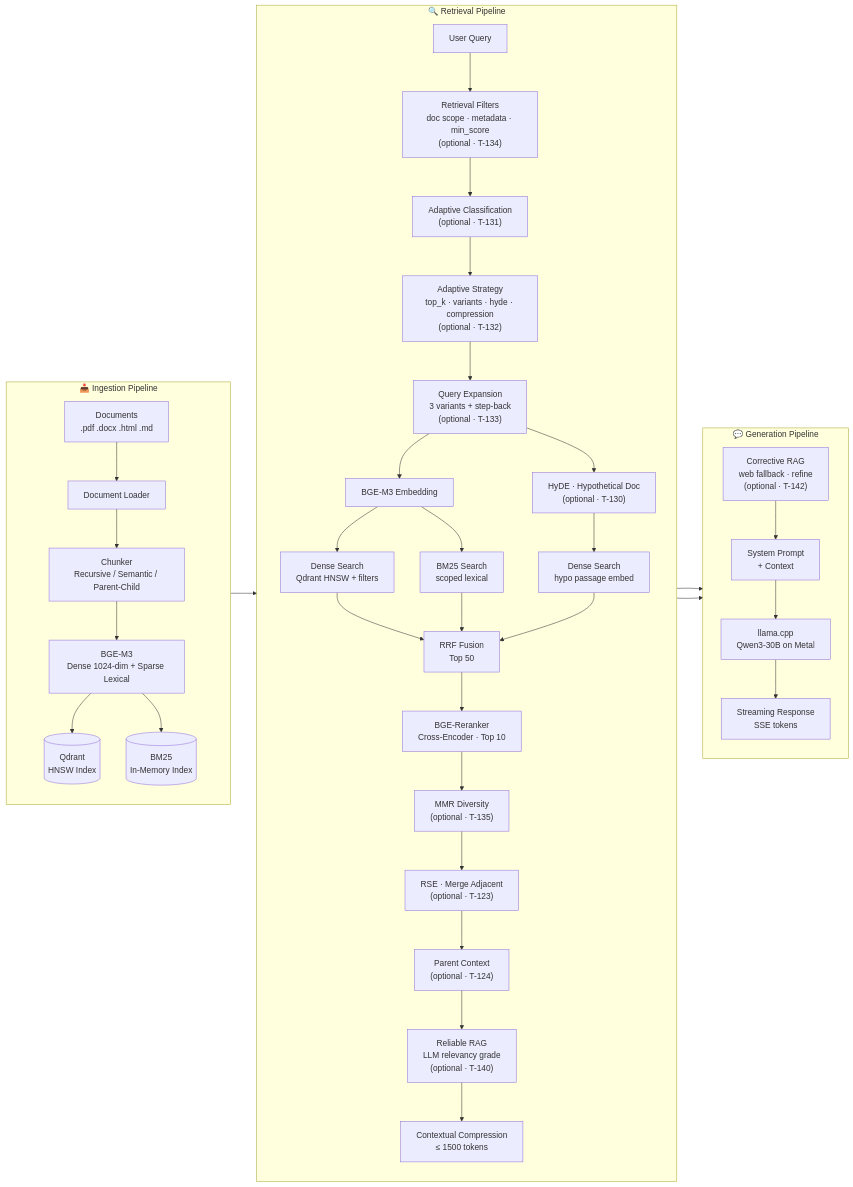
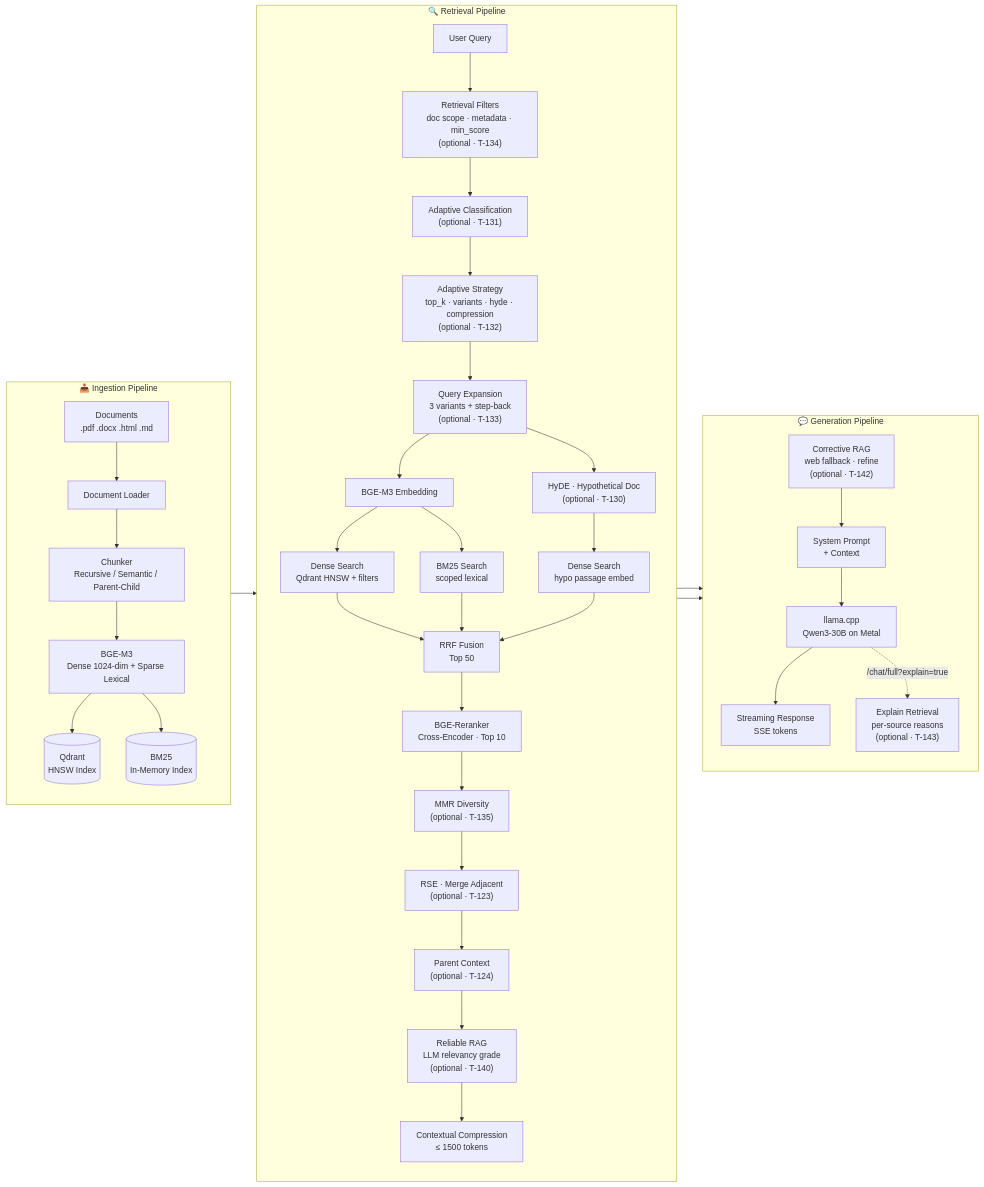
Before and after one commit to ealbertoav/rag_platform: the first of 13 diagrams in README.md, drawn with Mermaid. The commit also changed other lines of this file, not shown here.

First line of the commit message:
docs: add explainable retrieval (T-143) details to README

````diff
--- a/README.md
+++ b/README.md
@@ -57,44 +60,45 @@
 ```mermaid
 flowchart LR
     subgraph INGEST["📥 Ingestion Pipeline"]
         direction TB
         D["Documents<br/>.pdf .docx .html .md"] --> L[Document Loader]
         L --> C["Chunker<br/>Recursive / Semantic / Parent-Child"]
         C --> E["BGE-M3<br/>Dense 1024-dim + Sparse Lexical"]
         E --> Q[("Qdrant<br/>HNSW Index")]
         E --> B[("BM25<br/>In-Memory Index")]
     end
 
     subgraph RETRIEVE["🔍 Retrieval Pipeline"]
         direction TB
         QX["User Query"] --> FILT["Retrieval Filters<br/>doc scope · metadata · min_score<br/>(optional · T-134)"]
         FILT --> ADAPT["Adaptive Classification<br/>(optional · T-131)"]
         ADAPT --> STRAT["Adaptive Strategy<br/>top_k · variants · hyde · compression<br/>(optional · T-132)"]
         STRAT --> EXP["Query Expansion<br/>3 variants + step-back<br/>(optional · T-133)"]
         EXP --> EM[BGE-M3 Embedding]
         EXP --> HYDE["HyDE · Hypothetical Doc<br/>(optional · T-130)"]
         HYDE --> DS2["Dense Search<br/>hypo passage embed"]
         EM --> DS["Dense Search<br/>Qdrant HNSW + filters"]
         EM --> BS["BM25 Search<br/>scoped lexical"]
         DS --> RF["RRF Fusion<br/>Top 50"]
         DS2 --> RF
         BS --> RF
         RF --> RR["BGE-Reranker<br/>Cross-Encoder · Top 10"]
         RR --> DIV["MMR Diversity<br/>(optional · T-135)"]
         DIV --> RSE["RSE · Merge Adjacent<br/>(optional · T-123)"]
         RSE --> PC["Parent Context<br/>(optional · T-124)"]
         PC --> RRAG["Reliable RAG<br/>LLM relevancy grade<br/>(optional · T-140)"]
         RRAG --> CC["Contextual Compression<br/>≤ 1500 tokens"]
     end
 
     subgraph GENERATE["💬 Generation Pipeline"]
         direction TB
         CC --> CRAG["Corrective RAG<br/>web fallback · refine<br/>(optional · T-142)"]
         CRAG --> PR["System Prompt<br/>+ Context"]
         PR --> LLM["llama.cpp<br/>Qwen3-30B on Metal"]
         LLM --> SSE["Streaming Response<br/>SSE tokens"]
+        LLM -.->|"/chat/full?explain=true"| XPL["Explain Retrieval<br/>per-source reasons<br/>(optional · T-143)"]
     end
 
     INGEST --> RETRIEVE
     RETRIEVE --> GENERATE
 ```
````
